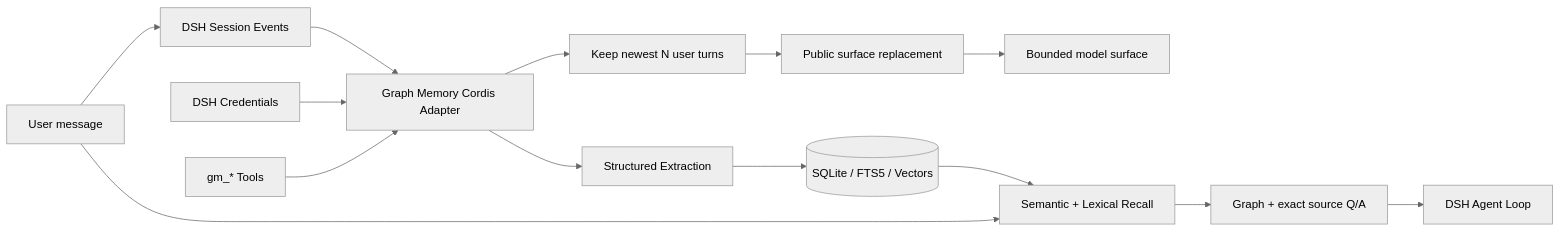
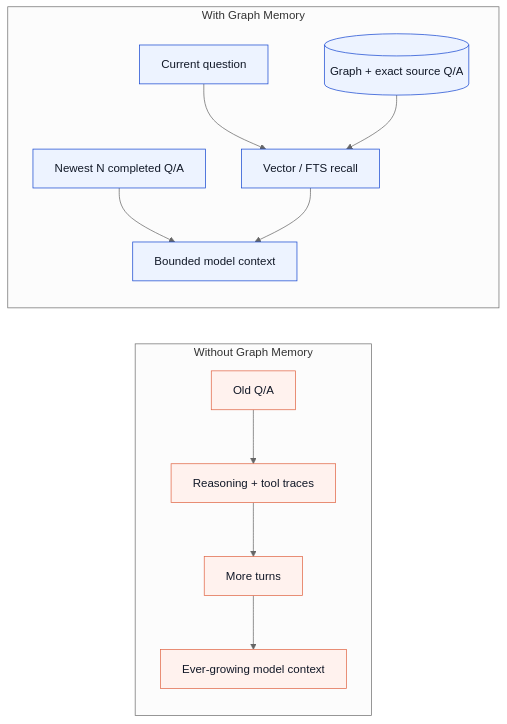
The first of 3 diagrams in README.md (TriDefender/graph-memory), drawn with Mermaid (neutral theme) before and after one commit. The commit also changed other lines of this file and 9 other files, not shown here.

````diff
--- a/README.md
+++ b/README.md
@@ -172,18 +26,20 @@
 ```mermaid
 flowchart LR
-  USER[User message] --> SESSION[DSH Session Events]
-  SESSION --> ADAPTER[Graph Memory Cordis Adapter]
-  ADAPTER --> POLICY[Keep newest N user turns]
-  POLICY --> ARCHIVE[Public surface replacement]
-  ARCHIVE --> SURFACE[Bounded model surface]
-  ADAPTER --> EXTRACT[Structured Extraction]
-  EXTRACT --> GRAPH[(SQLite / FTS5 / Vectors)]
+  subgraph BEFORE[Without Graph Memory]
+    B1[Old Q/A] --> B2[Reasoning + tool traces]
+    B2 --> B3[More turns]
+    B3 --> B4[Ever-growing model context]
+  end
 
-  USER --> RECALL[Semantic + Lexical Recall]
-  GRAPH --> RECALL
-  RECALL --> PROMPT[Graph + exact source Q/A]
-  PROMPT --> LOOP[DSH Agent Loop]
+  subgraph AFTER[With Graph Memory]
+    A1[Newest N completed Q/A] --> A4[Bounded model context]
+    A2[Current question] --> A3[Vector / FTS recall]
+    A5[(Graph + exact source Q/A)] --> A3
+    A3 --> A4
+  end
 
-  CREDS[DSH Credentials] --> ADAPTER
-  TOOLS[gm_* Tools] --> ADAPTER
+  classDef baseline fill:#fff2ee,stroke:#e16645,color:#111827;
+  classDef memory fill:#edf3ff,stroke:#1748d1,color:#111827;
+  class B1,B2,B3,B4 baseline;
+  class A1,A2,A3,A4,A5 memory;
 ```
````
